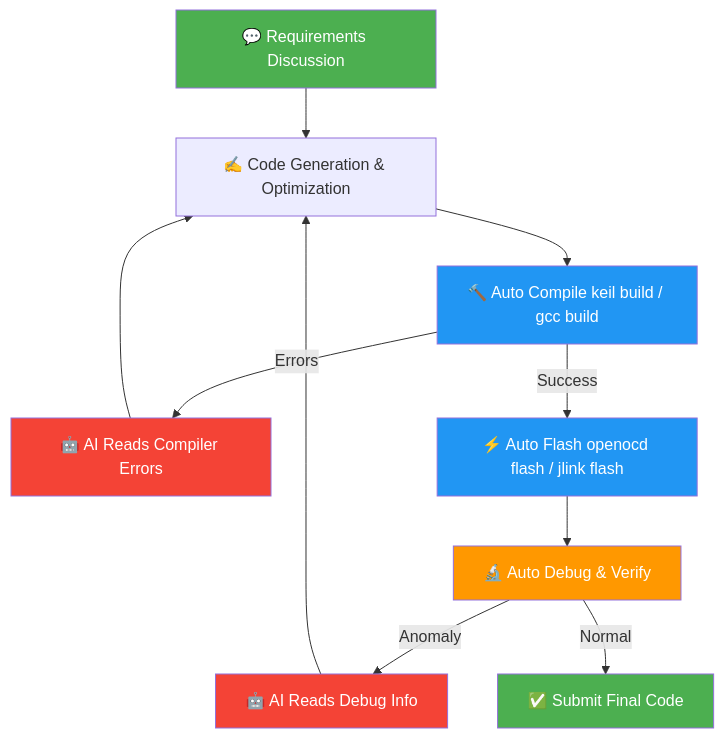
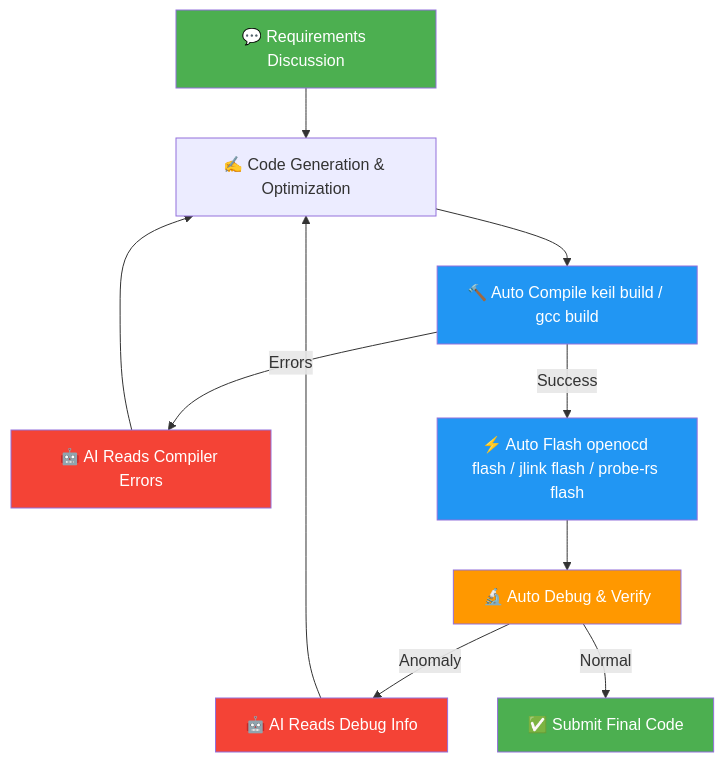
Before and after one commit to zhinkgit/embeddedskills: the first of 2 diagrams in README.en.md, drawn with Mermaid. The commit also changed other lines of this file and 13 other files, not shown here.

````diff
--- a/README.en.md
+++ b/README.en.md
@@ -39,20 +39,20 @@
 ```mermaid
 flowchart TD
     A["💬 Requirements Discussion"] --> B["✍️ Code Generation & Optimization"]
     B --> C["🔨 Auto Compile keil build / gcc build"]
     C -->|Errors| D["🤖 AI Reads Compiler Errors"]
     D --> B
-    C -->|Success| E["⚡ Auto Flash openocd flash / jlink flash"]
+    C -->|Success| E["⚡ Auto Flash openocd flash / jlink flash / probe-rs flash"]
     E --> F["🔬 Auto Debug & Verify"]
     F -->|Anomaly| G["🤖 AI Reads Debug Info"]
     G --> B
     F -->|Normal| H["✅ Submit Final Code"]
 
     style A fill:#4CAF50,color:#fff
     style H fill:#4CAF50,color:#fff
     style C fill:#2196F3,color:#fff
     style E fill:#2196F3,color:#fff
     style F fill:#FF9800,color:#fff
     style D fill:#f44336,color:#fff
     style G fill:#f44336,color:#fff
 ```
````
